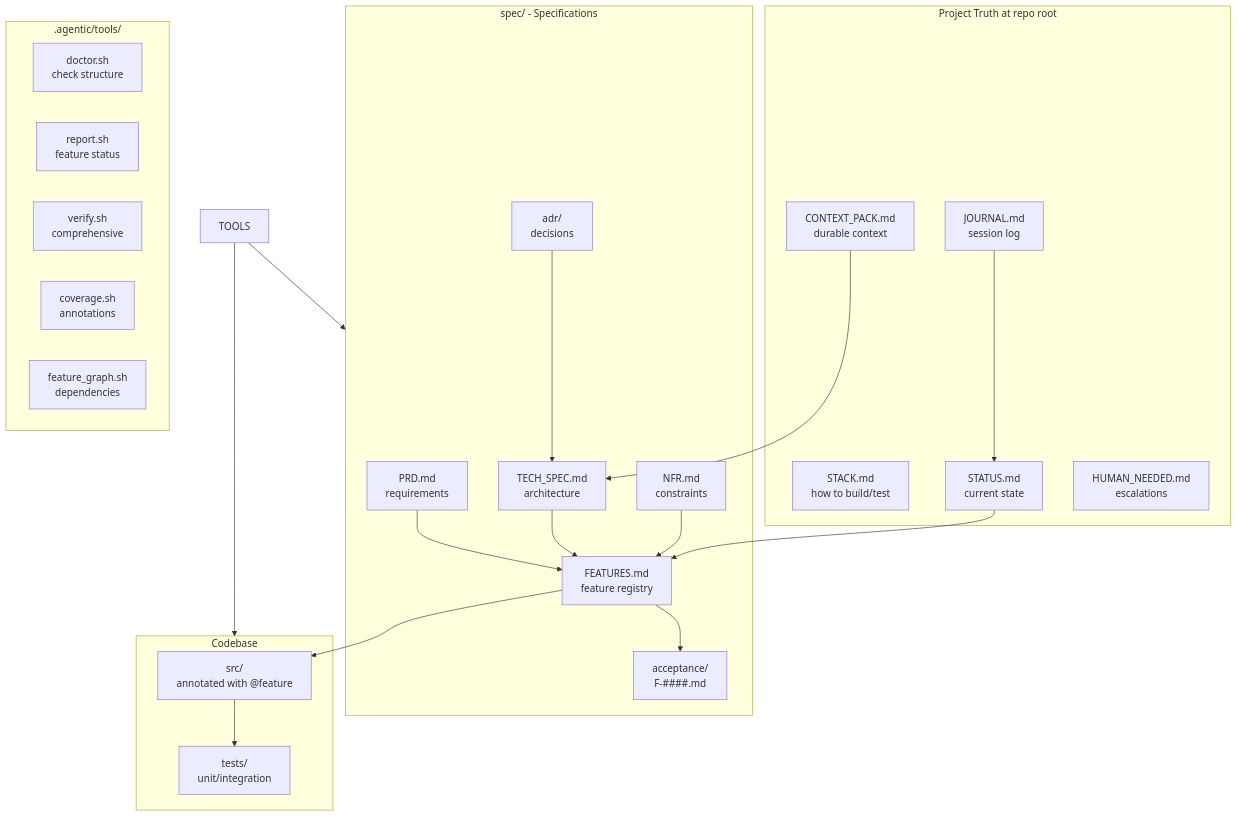
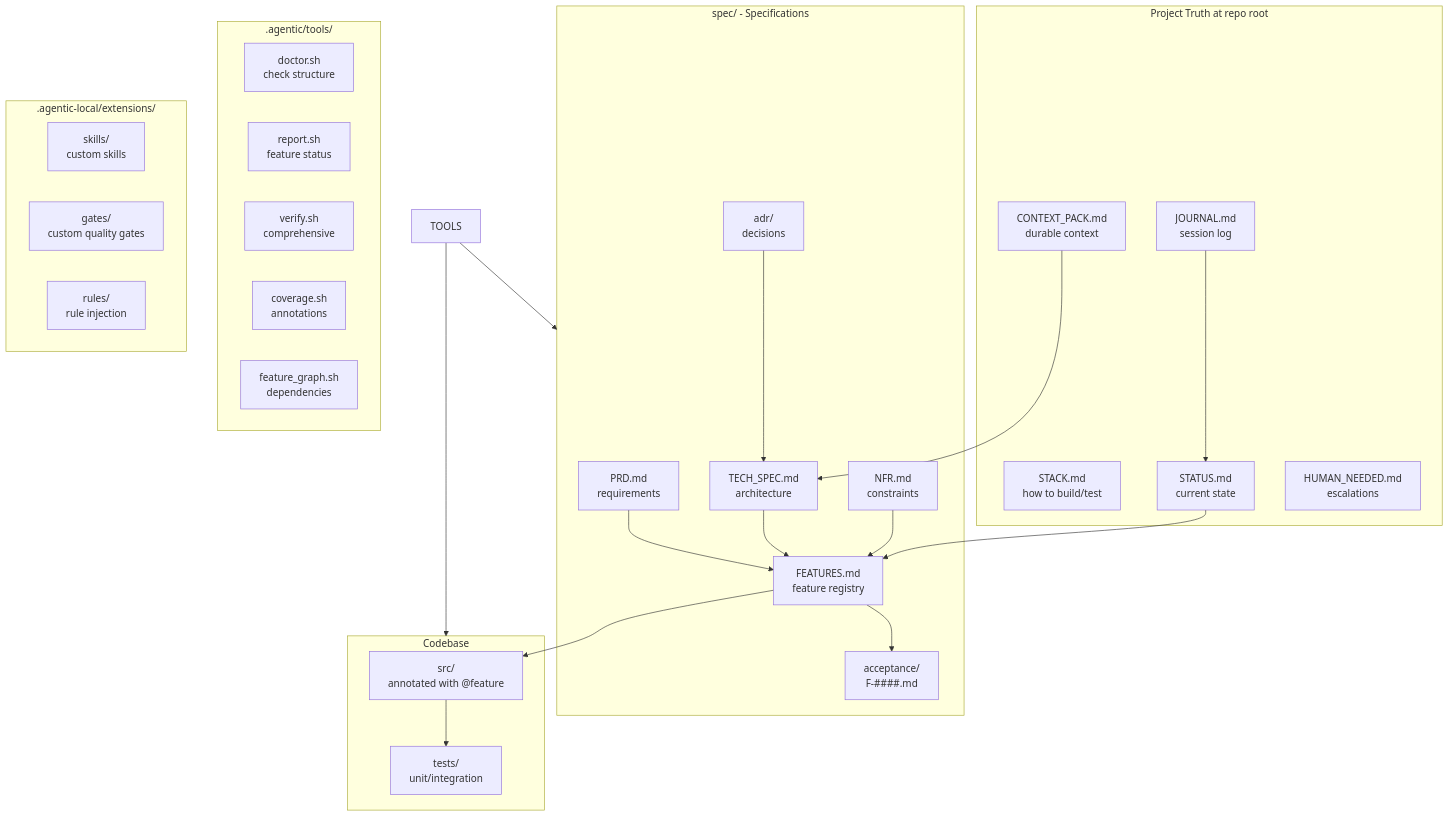
One commit to tomgun/agentic-framework changed the first of 10 diagrams in .agentic/FRAMEWORK_MAP.md. Above: the diagram before and after it, drawn with Mermaid. The commit also changed other lines of this file and 60 other files, not shown here.

````diff
--- a/.agentic/FRAMEWORK_MAP.md
+++ b/.agentic/FRAMEWORK_MAP.md
@@ -12,48 +12,54 @@
 ```mermaid
 graph TB
     subgraph truth [Project Truth at repo root]
         STACK[STACK.md<br/>how to build/test]
         STATUS[STATUS.md<br/>current state]
         CONTEXT[CONTEXT_PACK.md<br/>durable context]
         JOURNAL[JOURNAL.md<br/>session log]
         HUMAN[HUMAN_NEEDED.md<br/>escalations]
     end
     
     subgraph specs [spec/ - Specifications]
         PRD[PRD.md<br/>requirements]
         TECH[TECH_SPEC.md<br/>architecture]
         FEATURES[FEATURES.md<br/>feature registry]
         NFR[NFR.md<br/>constraints]
         ACC[acceptance/<br/>F-####.md]
         ADR[adr/<br/>decisions]
     end
     
     subgraph code [Codebase]
         SRC[src/<br/>annotated with @feature]
         TESTS[tests/<br/>unit/integration]
     end
     
     subgraph tools [.agentic/tools/]
         DOCTOR[doctor.sh<br/>check structure]
         REPORT[report.sh<br/>feature status]
         VERIFY[verify.sh<br/>comprehensive]
         COVERAGE[coverage.sh<br/>annotations]
         GRAPH[feature_graph.sh<br/>dependencies]
     end
+
+    subgraph extensions [.agentic-local/extensions/]
+        EXT_SKILLS[skills/<br/>custom skills]
+        EXT_GATES[gates/<br/>custom quality gates]
+        EXT_RULES[rules/<br/>rule injection]
+    end
     
     PRD --> FEATURES
     TECH --> FEATURES
     FEATURES --> ACC
     FEATURES --> SRC
     NFR --> FEATURES
     ADR --> TECH
     
     SRC --> TESTS
     
     TOOLS --> specs
     TOOLS --> code
     
     STATUS --> FEATURES
     CONTEXT --> TECH
     JOURNAL --> STATUS
 ```
````
